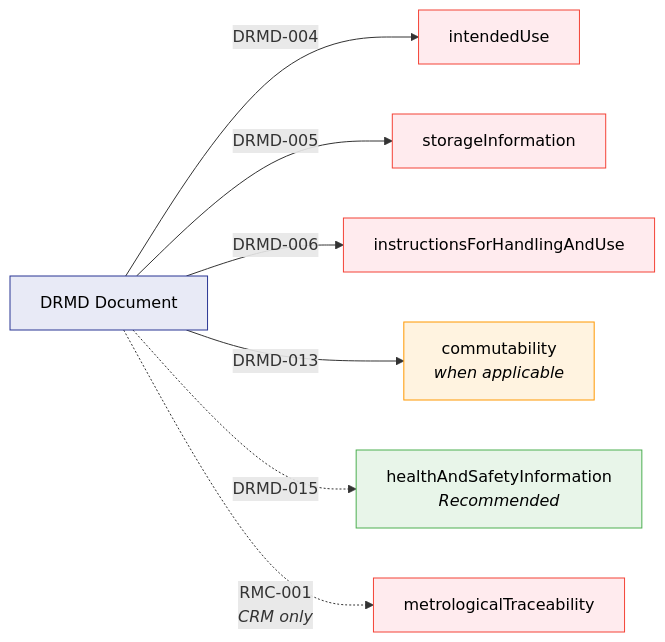
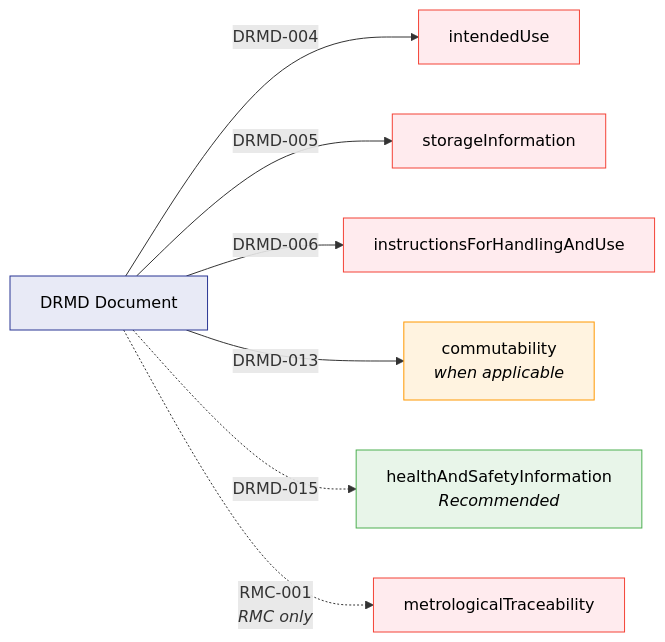
The second of 2 diagrams in docs/statements.md (punitharumilli/BestPracticeDocs), drawn with Mermaid before and after one commit. The commit also changed other lines of this file and 24 other files, not shown here.

Commit message:
Align with DRMD schema 1.0.0, DRMD logo, links to BAMresearch

````diff
--- a/docs/statements.md
+++ b/docs/statements.md
@@ -329,21 +332,21 @@
 ```mermaid
 graph LR
     DOC["DRMD Document"]
     
     DOC -->|"DRMD-004"| IU["intendedUse"]
     DOC -->|"DRMD-005"| SI["storageInformation"]
     DOC -->|"DRMD-006"| IHAU["instructionsForHandlingAndUse"]
     
     DOC -->|"DRMD-013"| COM["commutability<br/><i>when applicable</i>"]
     DOC -.->|"DRMD-015"| HSI["healthAndSafetyInformation<br/><i>Recommended</i>"]
     
-    DOC -.->|"RMC-001<br/><i>CRM only</i>"| MT["metrologicalTraceability"]
+    DOC -.->|"RMC-001<br/><i>RMC only</i>"| MT["metrologicalTraceability"]
 
     style DOC fill:#e8eaf6,color:#000,stroke:#283593
     style IU fill:#ffebee,color:#000,stroke:#f44336
     style SI fill:#ffebee,color:#000,stroke:#f44336
     style IHAU fill:#ffebee,color:#000,stroke:#f44336
     style COM fill:#fff3e0,color:#000,stroke:#ff9800
     style HSI fill:#e8f5e9,color:#000,stroke:#4caf50
     style MT fill:#ffebee,color:#000,stroke:#f44336
 ```
````
